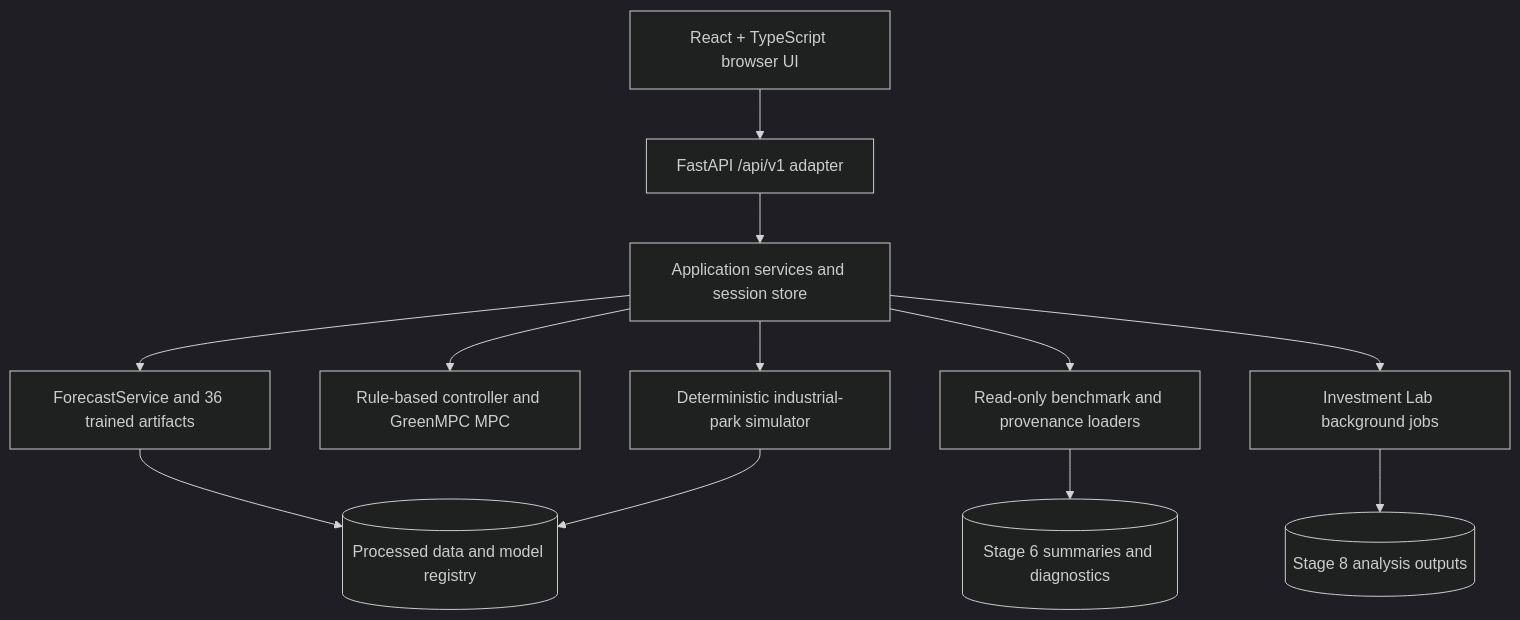
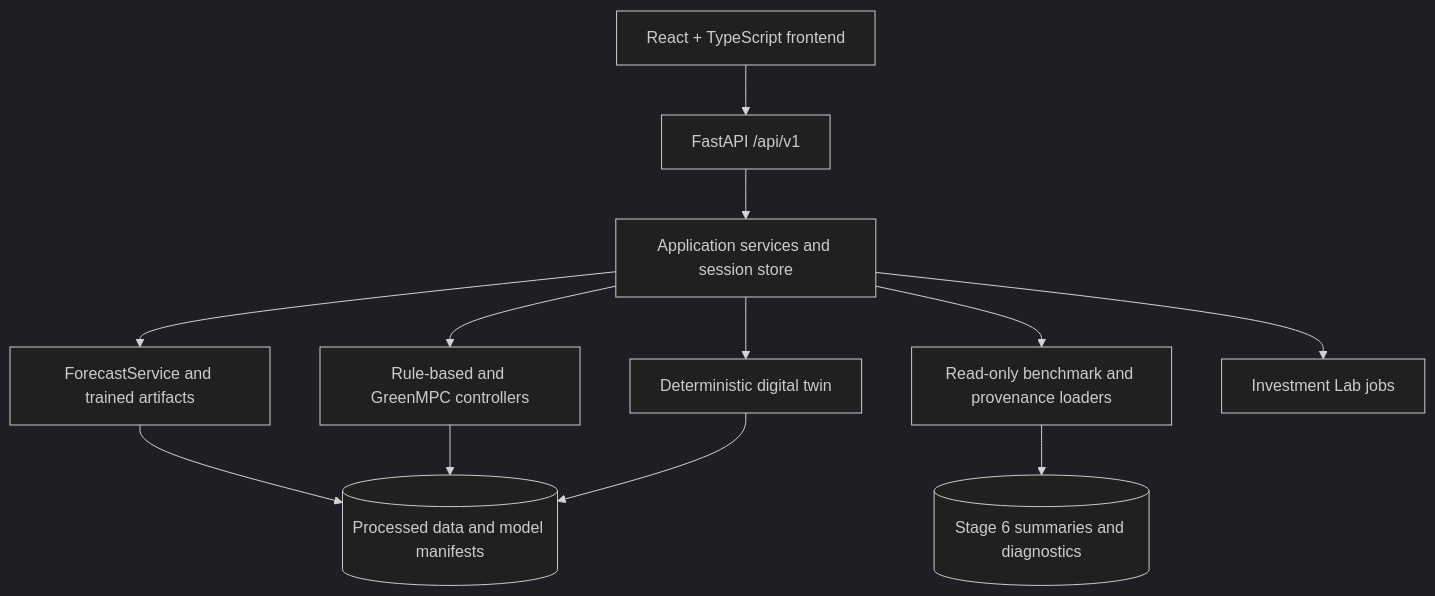
The second of 2 diagrams in README.md (anthe8105/GreenMPC_VAIC), drawn with Mermaid (dark theme) before and after one commit. The commit also changed other lines of this file, not shown here.

````diff
--- a/README.md
+++ b/README.md
@@ -122,14 +132,14 @@
 ```mermaid
 flowchart TB
-    Browser[React + TypeScript browser UI] --> API[FastAPI /api/v1 adapter]
+    Browser[React + TypeScript frontend] --> API[FastAPI /api/v1]
     API --> Services[Application services and session store]
-    Services --> Forecast[ForecastService and 36 trained artifacts]
-    Services --> Control[Rule-based controller and GreenMPC MPC]
-    Services --> Sim[Deterministic industrial-park simulator]
+    Services --> Forecast[ForecastService and trained artifacts]
+    Services --> Control[Rule-based and GreenMPC controllers]
+    Services --> Twin[Deterministic digital twin]
     Services --> Evidence[Read-only benchmark and provenance loaders]
-    Services --> Investment[Investment Lab background jobs]
-    Forecast --> Runtime[(Processed data and model registry)]
-    Sim --> Runtime
+    Services --> Invest[Investment Lab jobs]
+    Forecast --> Assets[(Processed data and model manifests)]
+    Control --> Assets
+    Twin --> Assets
     Evidence --> Outputs[(Stage 6 summaries and diagnostics)]
-    Investment --> Stage8[(Stage 8 analysis outputs)]
 ```
````
